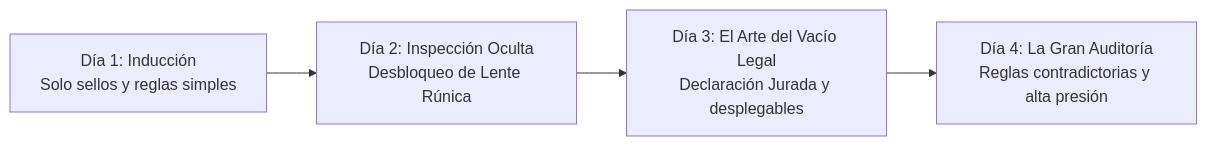
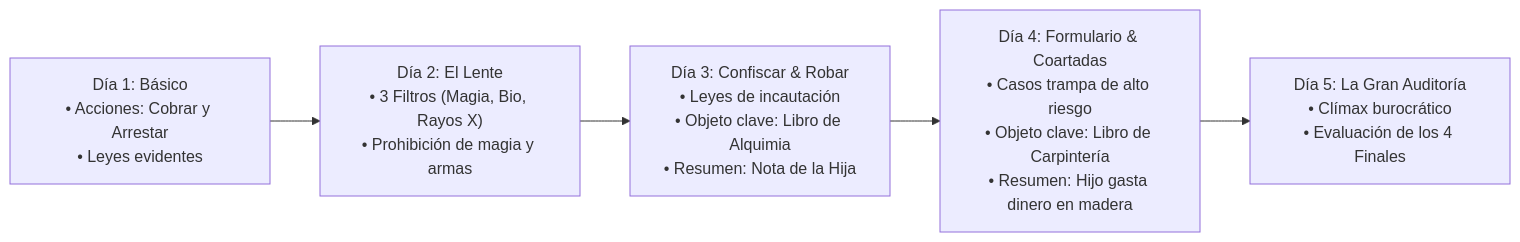
The diagram in 02_Game_Design_Document_GDD/Diseño de Niveles.md (StephenQuispeLipa/game-jam-umsa-2026-marraquetastudios-obsidian), drawn with Mermaid before and after one commit. The commit also changed other lines of this file and 12 other files, not shown here.

````diff
--- a/02_Game_Design_Document_GDD/Diseño de Niveles.md
+++ b/02_Game_Design_Document_GDD/Diseño de Niveles.md
@@ -10,6 +10,7 @@
 ```mermaid
 flowchart LR
-    D1["Día 1: Inducción<br>Solo sellos y reglas simples"] --> D2["Día 2: Inspección Oculta<br>Desbloqueo de Lente Rúnica"]
-    D2 --> D3["Día 3: El Arte del Vacío Legal<br>Declaración Jurada y desplegables"]
-    D3 --> D4["Día 4: La Gran Auditoría<br>Reglas contradictorias y alta presión"]
+    D1["Día 1: Básico<br>• Acciones: Cobrar y Arrestar<br>• Leyes evidentes"] --> D2["Día 2: El Lente<br>• 3 Filtros (Magia, Bio, Rayos X)<br>• Prohibición de magia y armas"]
+    D2 --> D3["Día 3: Confiscar & Robar<br>• Leyes de incautación<br>• Objeto clave: Libro de Alquimia<br>• Resumen: Nota de la Hija"]
+    D3 --> D4["Día 4: Formulario & Coartadas<br>• Casos trampa de alto riesgo<br>• Objeto clave: Libro de Carpintería<br>• Resumen: Hijo gasta dinero en madera"]
+    D4 --> D5["Día 5: La Gran Auditoría<br>• Clímax burocrático<br>• Evaluación de los 4 Finales"]
 ```
````
